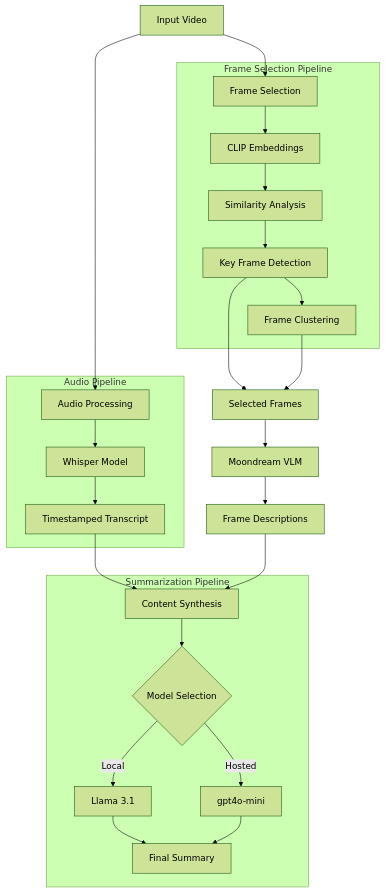
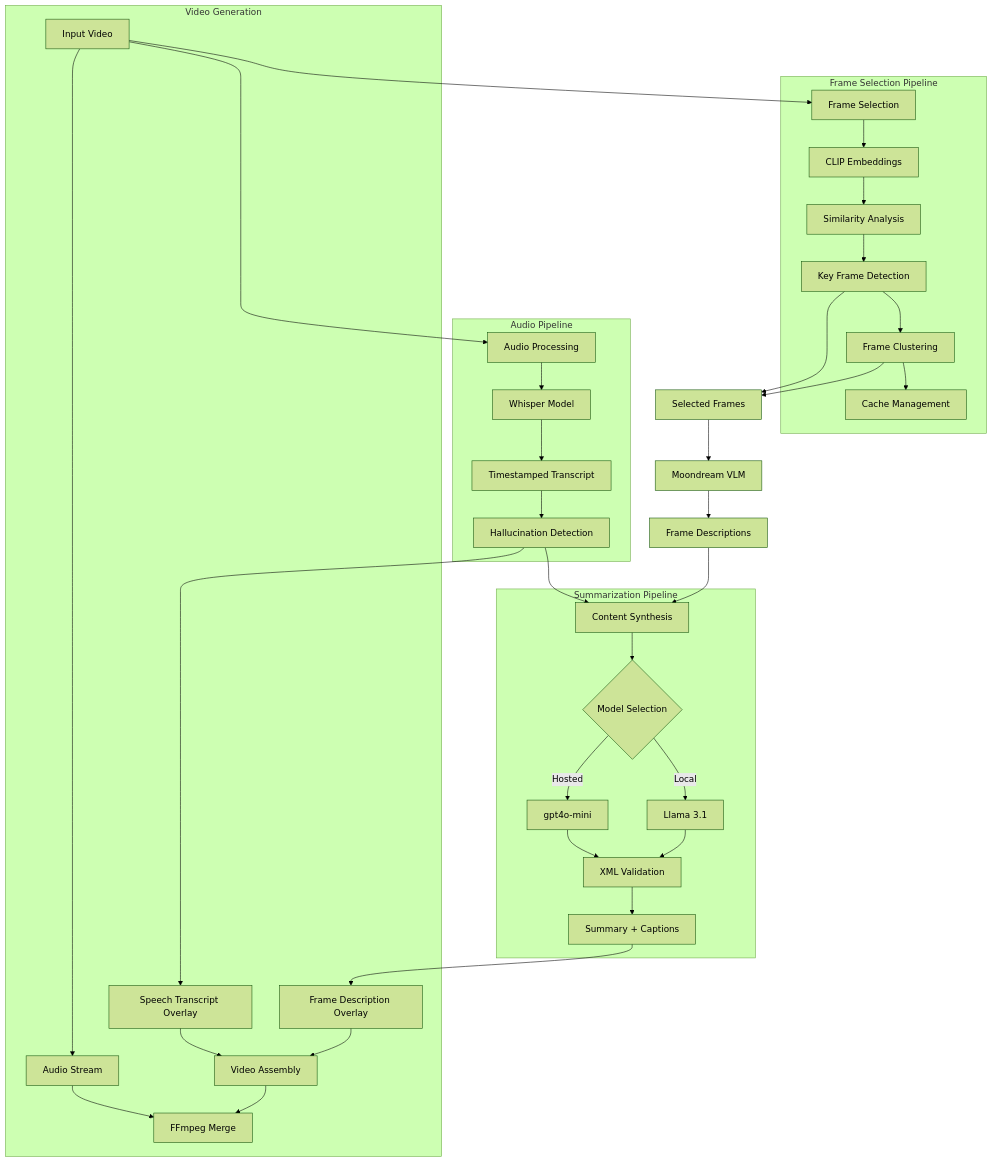
One commit to parsakhaz/video-understanding-engine changed the first of 2 diagrams in README.md. Above: the diagram before and after it, drawn with Mermaid (forest theme). The commit also changed other lines of this file and 2 other files, not shown here.

Commit message:
better caption viz, minimum time gap for synthesized captions, updated readme

````diff
--- a/README.md
+++ b/README.md
@@ -60,33 +67,46 @@
 ```mermaid
 graph TD
     A[Input Video] --> B[Frame Selection]
     A --> C[Audio Processing]
     
     subgraph "Frame Selection Pipeline"
     B --> D[CLIP Embeddings]
     D --> E[Similarity Analysis]
     E --> F[Key Frame Detection]
     F --> G[Frame Clustering]
+    G --> H[Cache Management]
     end
     
     subgraph "Audio Pipeline"
-    C --> H[Whisper Model]
-    H --> I[Timestamped Transcript]
+    C --> I[Whisper Model]
+    I --> J[Timestamped Transcript]
+    J --> K[Hallucination Detection]
     end
     
-    F --> J[Selected Frames]
-    G --> J
-    J --> K[Moondream VLM]
-    K --> L[Frame Descriptions]
+    F --> L[Selected Frames]
+    G --> L
+    L --> M[Moondream VLM]
+    M --> N[Frame Descriptions]
     
-    I --> M[Content Synthesis]
-    L --> M
+    K --> O[Content Synthesis]
+    N --> O
     
     subgraph "Summarization Pipeline"
-    M --> N{Model Selection}
-    N -->|Local| O[Llama 3.1]
-    N -->|Hosted| P[gpt4o-mini]
-    O --> Q[Final Summary]
-    P --> Q
+    O --> P{Model Selection}
+    P -->|Local| Q[Llama 3.1]
+    P -->|Hosted| R[gpt4o-mini]
+    Q --> S[XML Validation]
+    R --> S
+    S --> T[Summary + Captions]
+    end
+    
+    subgraph "Video Generation"
+    T --> U[Frame Description Overlay]
+    K --> V[Speech Transcript Overlay]
+    U --> W[Video Assembly]
+    V --> W
+    A --> X[Audio Stream]
+    X --> Y[FFmpeg Merge]
+    W --> Y
     end
 ```
````
